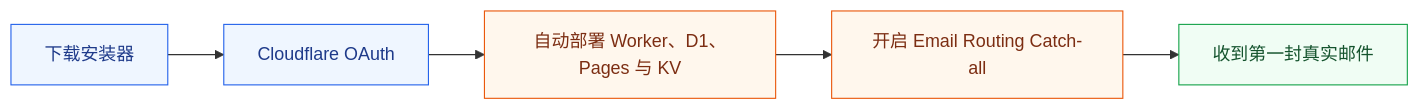
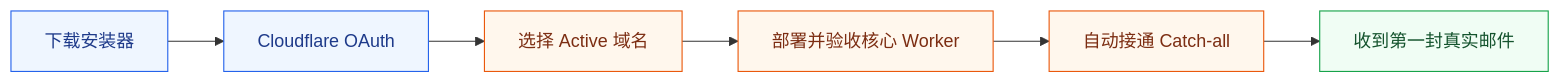
Before and after one commit to Lur1N77777/loven7-mail: the diagram in README.md, drawn with Mermaid. The commit also changed other lines of this file and 30 other files, not shown here.

First line of the commit message:
feat(installer): automate safe Email Routing deployment

````diff
--- a/README.md
+++ b/README.md
@@ -53,14 +53,14 @@
 ```mermaid
 flowchart LR
   accTitle: Loven7 Mail 新手部署流程
-  accDescr: Windows 用户下载单文件安装器，通过 Cloudflare 官方授权自动部署基础设施，再手动配置 Email Routing Catch-all 并完成真实收件测试。
+  accDescr: Windows 用户下载单文件安装器，通过 Cloudflare 官方授权选择账号与域名，自动部署基础设施并接通 Email Routing Catch-all，最后完成真实收件测试。
 
-  A["下载安装器"] --> B["Cloudflare OAuth"] --> C["自动部署 Worker、D1、Pages 与 KV"] --> D["开启 Email Routing Catch-all"] --> E["收到第一封真实邮件"]
+  A["下载安装器"] --> B["Cloudflare OAuth"] --> C["选择 Active 域名"] --> D["部署并验收核心 Worker"] --> F["自动接通 Catch-all"] --> E["收到第一封真实邮件"]
 
   classDef entry fill:#eff6ff,stroke:#2563eb,color:#1e3a8a
   classDef deploy fill:#fff7ed,stroke:#ea580c,color:#7c2d12
   classDef finish fill:#f0fdf4,stroke:#16a34a,color:#14532d
   class A,B entry
-  class C,D deploy
+  class C,D,F deploy
   class E finish
 ```
````
